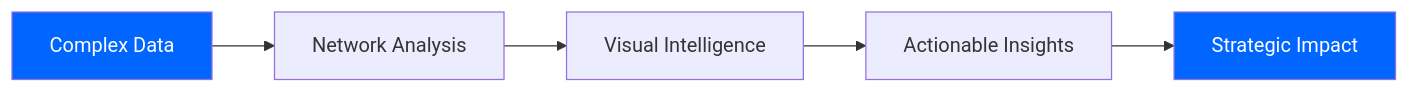
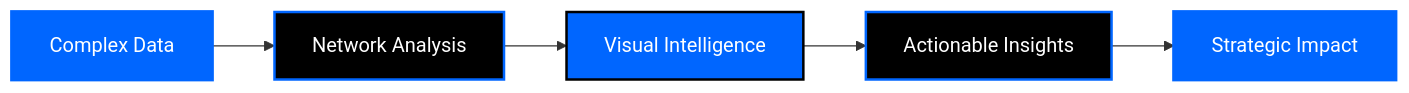
One commit to peoplet-root/.github changed the diagram in profile/README.md. Above: the diagram before and after it, drawn with Mermaid. The commit also changed other lines of this file, not shown here.

````diff
--- a/profile/README.md
+++ b/profile/README.md
@@ -189,10 +226,13 @@
 ```mermaid
 graph LR
     A[Complex Data] --> B[Network Analysis]
     B --> C[Visual Intelligence]
     C --> D[Actionable Insights]
     D --> E[Strategic Impact]
     
-    style A fill:#0066ff,color:#fff
-    style E fill:#0066ff,color:#fff
+    style A fill:#0066ff,color:#fff,stroke:#0066ff,stroke-width:3px
+    style B fill:#000,color:#fff,stroke:#0066ff,stroke-width:2px
+    style C fill:#0066ff,color:#fff,stroke:#000,stroke-width:2px
+    style D fill:#000,color:#fff,stroke:#0066ff,stroke-width:2px
+    style E fill:#0066ff,color:#fff,stroke:#0066ff,stroke-width:3px
 ```
````
